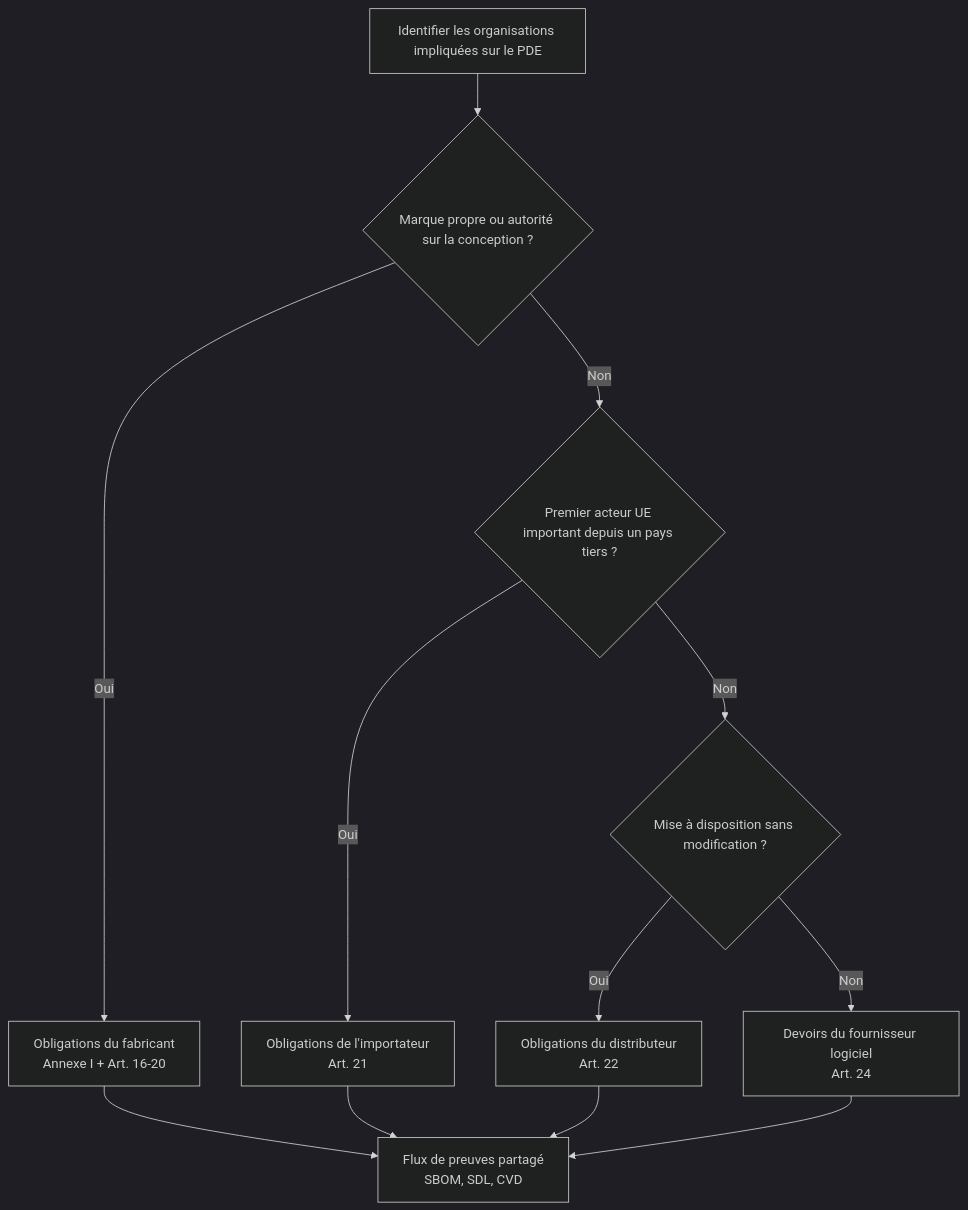
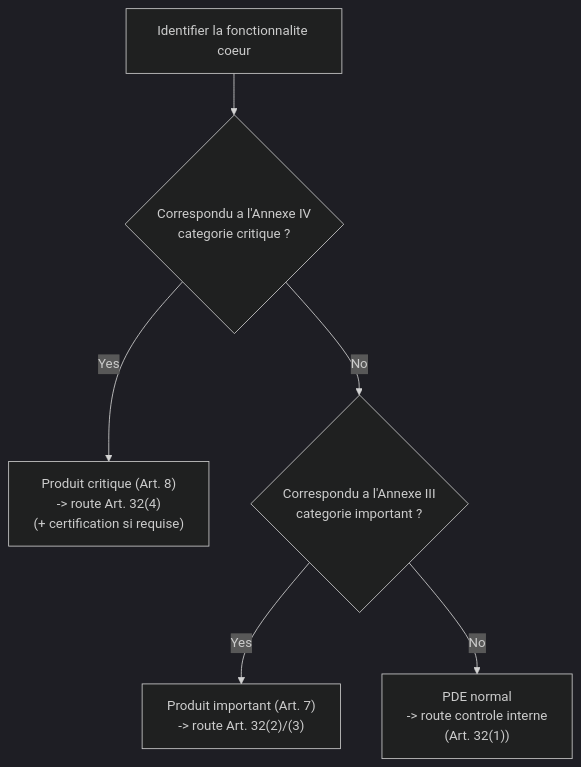
The fourth of 4 diagrams in i18n/fr/docusaurus-plugin-content-docs/current/security/cra/scope-and-definitions.md (Ac6Embedded/apollo-docs), drawn with Mermaid (dark theme) before and after one commit. The commit also changed other lines of this file and 140 other files, not shown here.

Commit message:
Prune unused sections and locales; focus navigation on CRA Refine CRA content formatting: diagrams, footnotes, references Update Docusaurus config and dependencies

````diff
--- a/i18n/fr/docusaurus-plugin-content-docs/current/security/cra/scope-and-definitions.md
+++ b/i18n/fr/docusaurus-plugin-content-docs/current/security/cra/scope-and-definitions.md
@@ -53,14 +195,8 @@
 ```mermaid
 flowchart TD
-    Start[Identifier les organisations impliquées sur le PDE] --> A{Marque propre ou autorité sur la conception ?}
-    A -- Oui --> M[Obligations du fabricant<br/>Annexe I + Art. 16-20]
-    A -- Non --> B{Premier acteur UE important depuis un pays tiers ?}
-    B -- Oui --> I[Obligations de l'importateur<br/>Art. 21]
-    B -- Non --> C{Mise à disposition sans modification ?}
-    C -- Oui --> D[Obligations du distributeur<br/>Art. 22]
-    C -- Non --> S[Devoirs du fournisseur logiciel<br/>Art. 24]
-    M --> Shared[Flux de preuves partagé<br/>SBOM, SDL, CVD]
-    I --> Shared
-    D --> Shared
-    S --> Shared
+  A["Identifier la fonctionnalite coeur"] --> B{"Correspondu a l'Annexe IV<br/>categorie critique ?"}
+  B -- Yes --> C["Produit critique (Art. 8)<br/>-> route Art. 32(4)<br/>(+ certification si requise)"]
+  B -- No --> D{"Correspondu a l'Annexe III<br/>categorie important ?"}
+  D -- Yes --> E["Produit important (Art. 7)<br/>-> route Art. 32(2)/(3)"]
+  D -- No --> F["PDE normal<br/>-> route controle interne<br/>(Art. 32(1))"]
 ```
````
